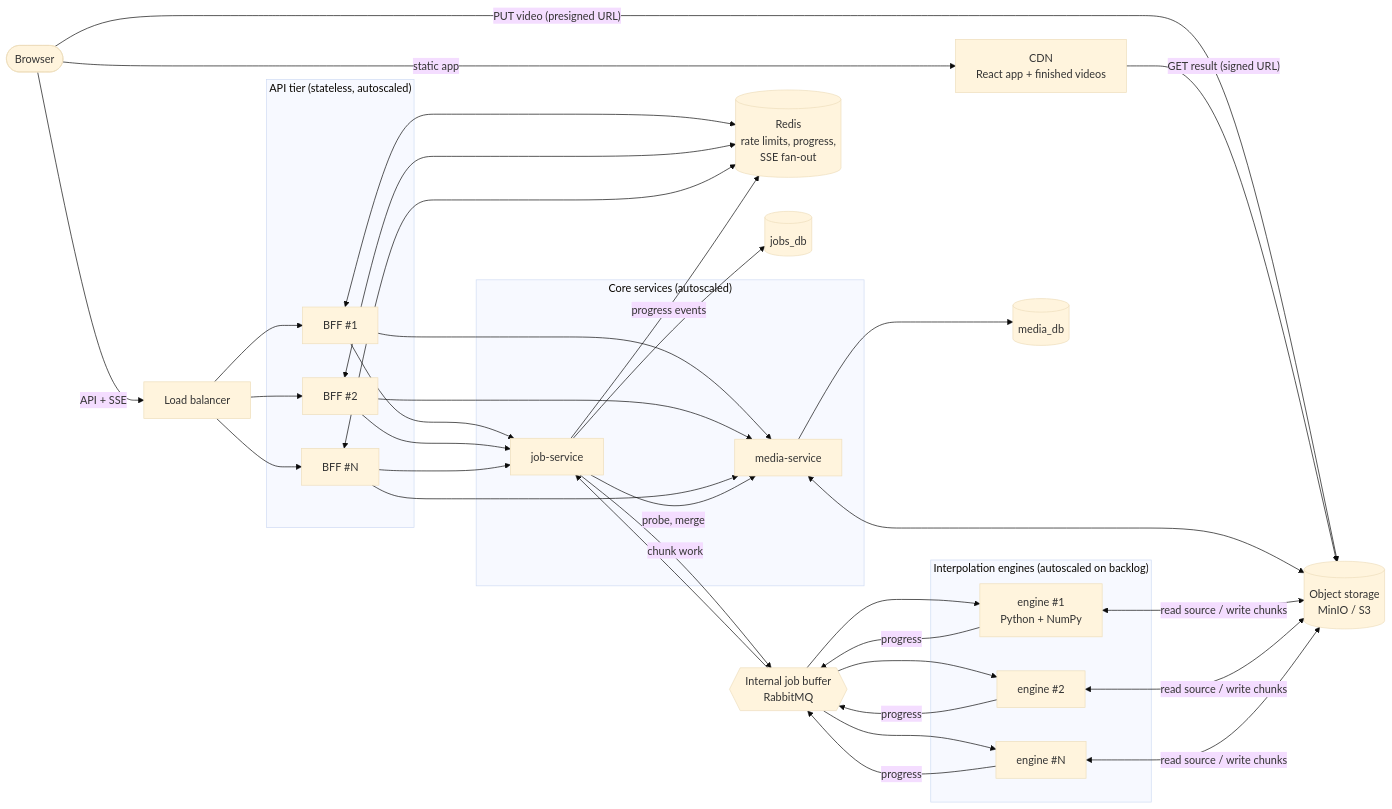
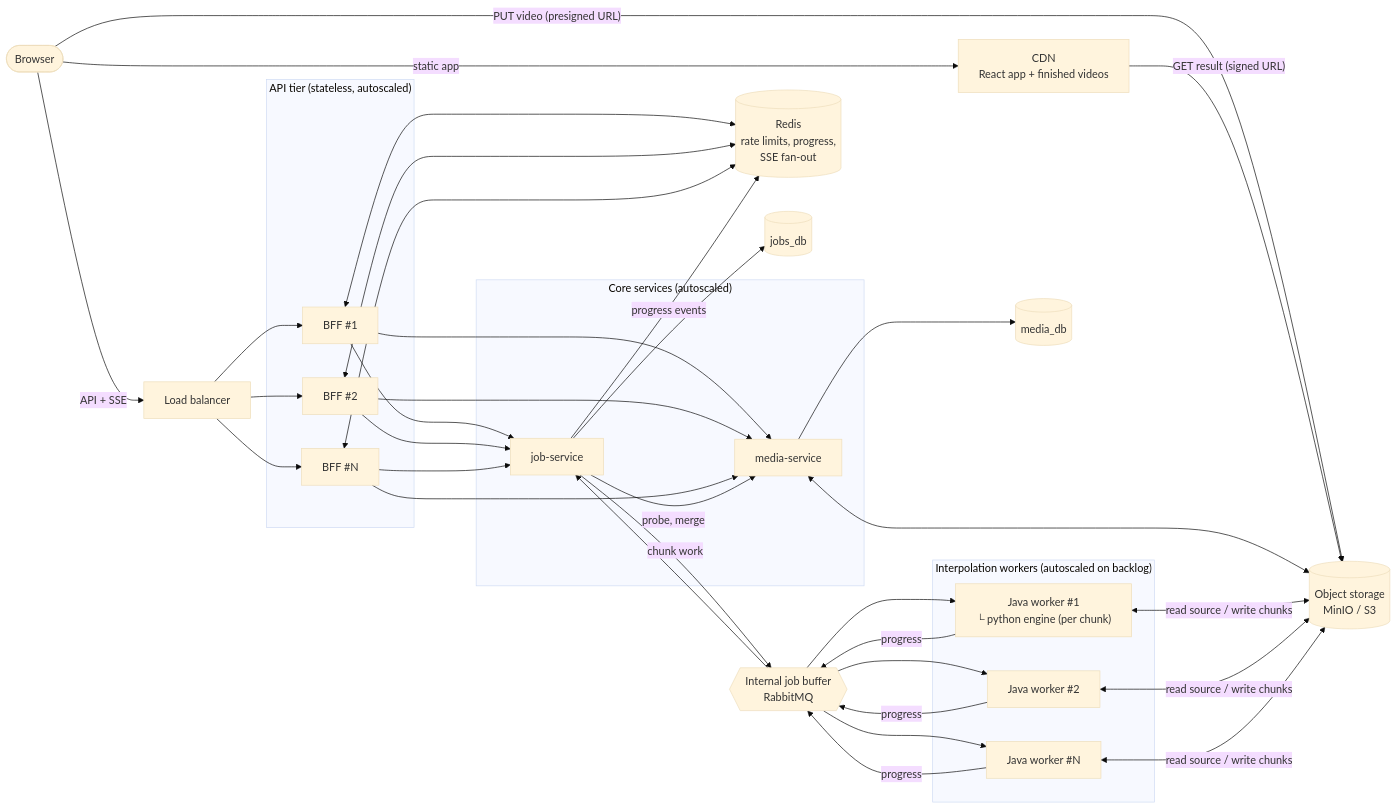
One commit to JianoFreo/InfiniteFlow_AI changed the first of 5 diagrams in README.md. Above: the diagram before and after it, drawn with Mermaid (base theme). The commit also changed other lines of this file and 21 other files, not shown here.

First line of the commit message:
Refactor interpolation engine to interpolation worker

````diff
--- a/README.md
+++ b/README.md
@@ -38,48 +39,48 @@
 ```mermaid
 flowchart LR
     user(["Browser"])
     cdn["CDN<br/>React app + finished videos"]
     lb["Load balancer"]
 
     subgraph api["API tier (stateless, autoscaled)"]
         bff1["BFF #1"]
         bff2["BFF #2"]
         bffN["BFF #N"]
     end
 
     subgraph core["Core services (autoscaled)"]
         job["job-service"]
         media["media-service"]
     end
 
-    subgraph workers["Interpolation engines (autoscaled on backlog)"]
-        e1["engine #1<br/>Python + NumPy"]
-        e2["engine #2"]
-        eN["engine #N"]
+    subgraph workers["Interpolation workers (autoscaled on backlog)"]
+        e1["Java worker #1<br/>└ python engine (per chunk)"]
+        e2["Java worker #2"]
+        eN["Java worker #N"]
     end
 
     s3[("Object storage<br/>MinIO / S3")]
     buf{{"Internal job buffer<br/>RabbitMQ"}}
     redis[("Redis<br/>rate limits, progress,<br/>SSE fan-out")]
     jobsdb[("jobs_db")]
     mediadb[("media_db")]
 
     user -- "static app" --> cdn
     user -- "API + SSE" --> lb --> bff1 & bff2 & bffN
     user -- "PUT video (presigned URL)" --> s3
     cdn -- "GET result (signed URL)" --> s3
 
     bff1 & bff2 & bffN --> job
     bff1 & bff2 & bffN --> media
     bff1 & bff2 & bffN <--> redis
 
     job --> jobsdb
     media --> mediadb
     job -- "probe, merge" --> media
     media <--> s3
 
     job -- "chunk work" --> buf --> e1 & e2 & eN
     e1 & e2 & eN <-- "read source / write chunks" --> s3
     e1 & e2 & eN -- "progress" --> buf --> job
     job -- "progress events" --> redis
 ```
````
